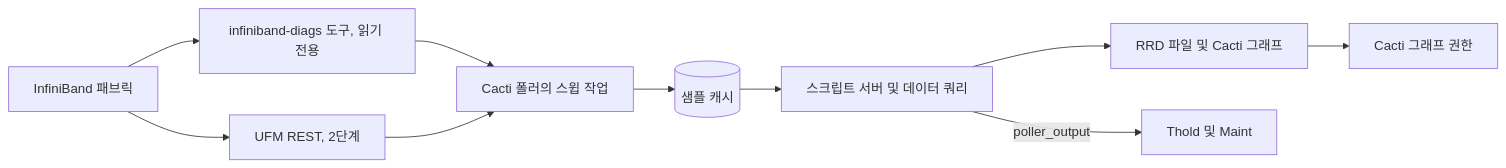
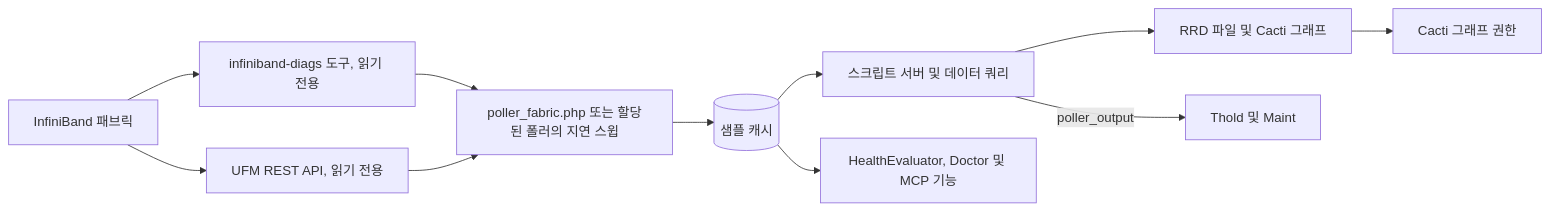
The diagram in docs/i18n/ko-KR/README.md (somethingwithproof/plugin_fabric), drawn with Mermaid before and after one commit. The commit also changed other lines of this file and 48 other files, not shown here.

````diff
--- a/docs/i18n/ko-KR/README.md
+++ b/docs/i18n/ko-KR/README.md
@@ -92,12 +132,13 @@
 ```mermaid
 flowchart LR
     F[InfiniBand 패브릭] --> T[infiniband-diags 도구, 읽기 전용]
-    F --> U[UFM REST, 2단계]
-    T --> S[Cacti 폴러의 스윕 작업]
+    F --> U[UFM REST API, 읽기 전용]
+    T --> S[poller_fabric.php 또는 할당된 폴러의 지연 스윕]
     U --> S
     S --> C[(샘플 캐시)]
     C --> SS[스크립트 서버 및 데이터 쿼리]
     SS --> R[RRD 파일 및 Cacti 그래프]
     SS -->|poller_output| TH[Thold 및 Maint]
+    C --> H[HealthEvaluator, Doctor 및 MCP 기능]
     R --> P[Cacti 그래프 권한]
 ```
````
